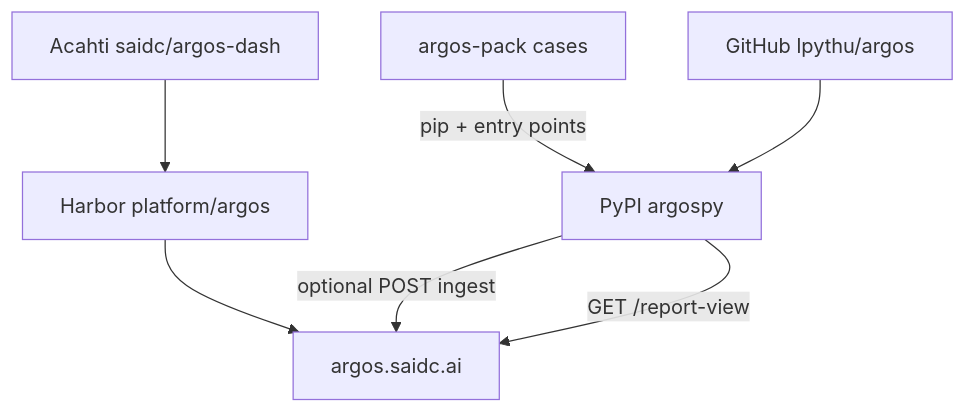
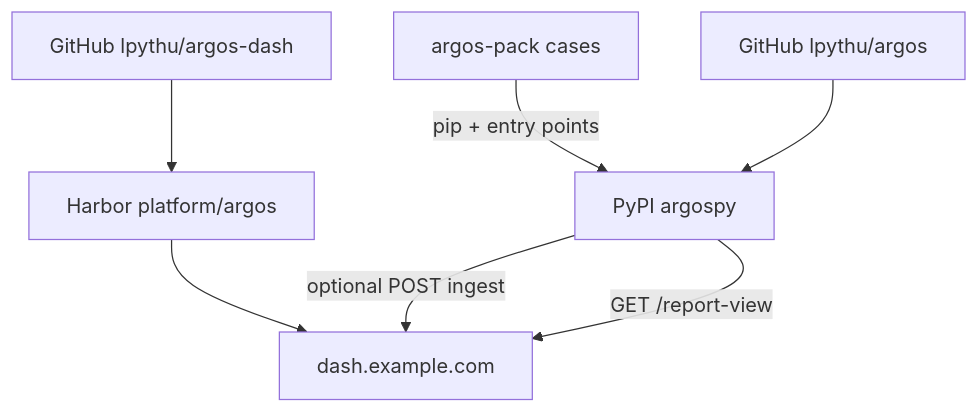
One commit to lpythu/argos changed the first of 4 diagrams in docs/architecture.md. Above: the diagram before and after it, drawn with Mermaid. The commit also changed other lines of this file and 8 other files, not shown here.

````diff
--- a/docs/architecture.md
+++ b/docs/architecture.md
@@ -19,14 +19,14 @@
 ```mermaid
 flowchart TB
   pack["argos-pack cases"]
   lib["GitHub lpythu/argos"]
   pypi["PyPI argospy"]
-  dashGit["Acahti saidc/argos-dash"]
+  dashGit["GitHub lpythu/argos-dash"]
   image["Harbor platform/argos"]
-  dash["argos.saidc.ai"]
+  dash["dash.example.com"]
   pack -->|"pip + entry points"| pypi
   lib --> pypi
   dashGit --> image --> dash
   pypi -->|"optional POST ingest"| dash
   pypi -->|"GET /report-view"| dash
 ```
````
